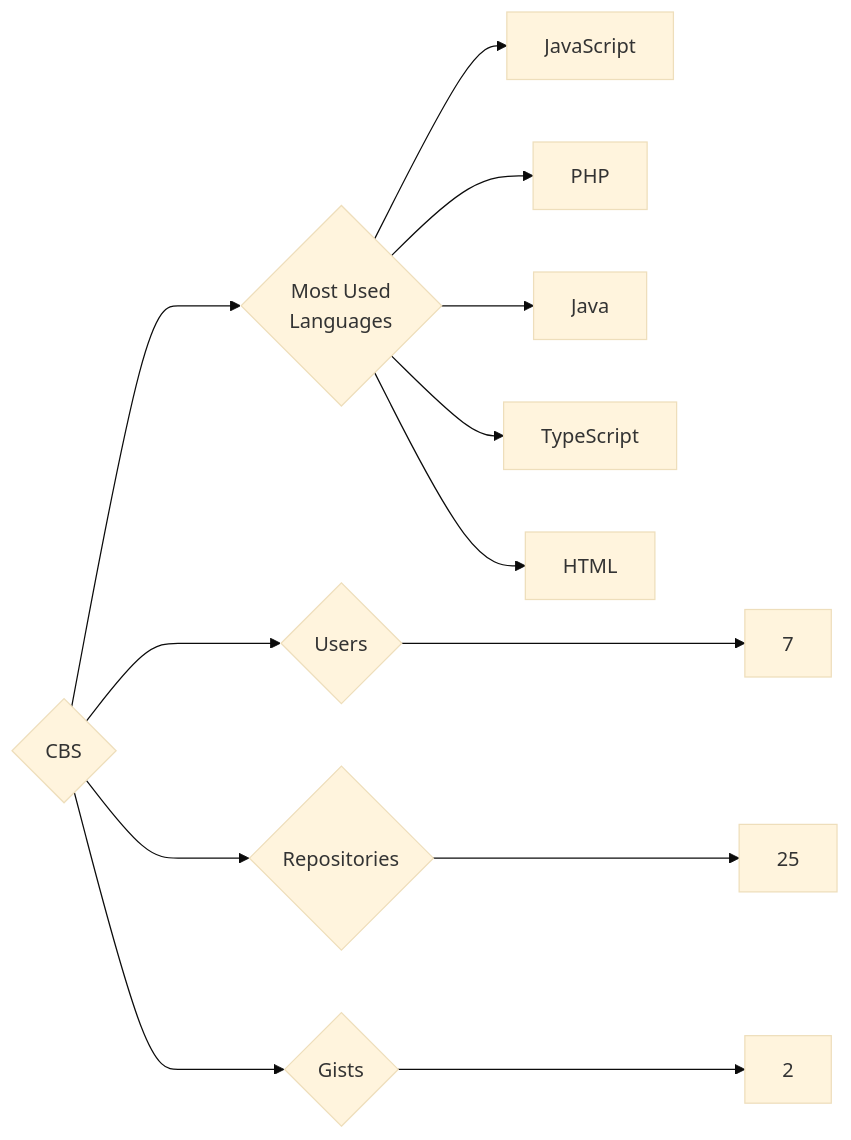
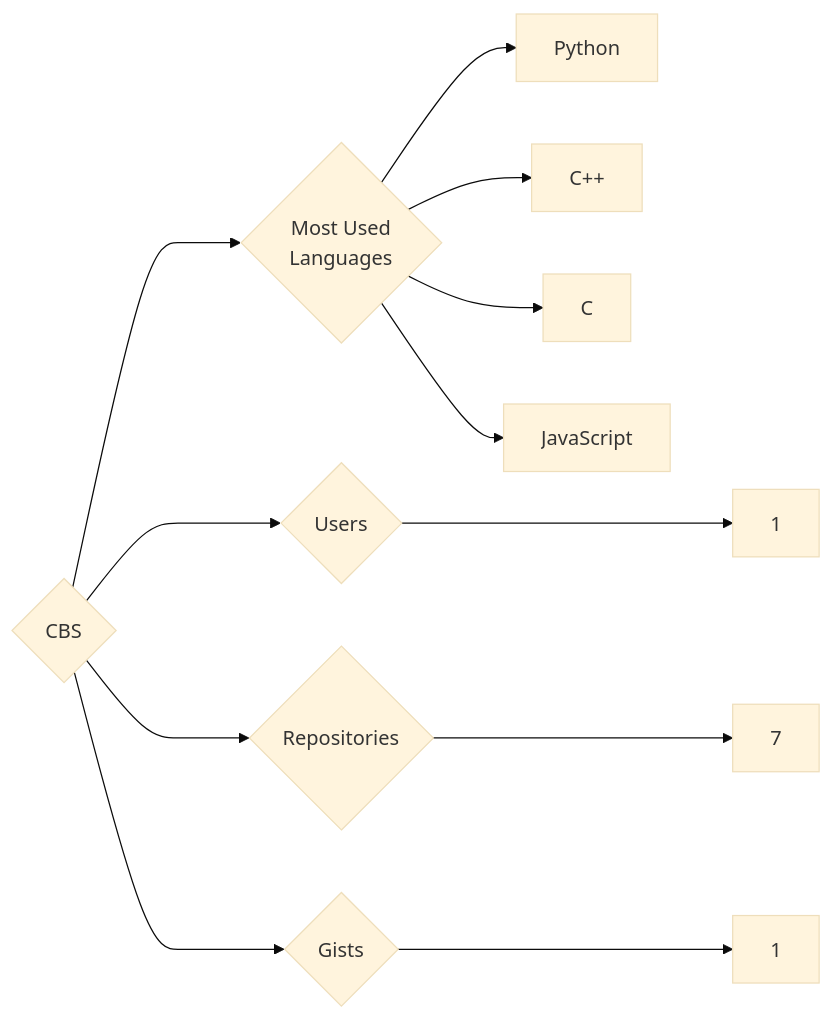
Before and after one commit to trickest/insiders: the diagram in targets/CBS/README.md, drawn with Mermaid (base theme). The commit also changed 857 other files, not shown here.

````diff
--- a/targets/CBS/README.md
+++ b/targets/CBS/README.md
@@ -3,13 +3,12 @@
 ```mermaid
 graph LR
 COMPANY_NAME{CBS}
-COMPANY_NAME ---> U{Users} ---> UN[7]
-COMPANY_NAME ---> R{Repositories} ---> RN[25]
-COMPANY_NAME ---> G{Gists} ---> GN[2]
+COMPANY_NAME ---> U{Users} ---> UN[1]
+COMPANY_NAME ---> R{Repositories} ---> RN[7]
+COMPANY_NAME ---> G{Gists} ---> GN[1]
 COMPANY_NAME ---> ML{Most Used<br>Languages}
+ML --> Python[Python]
+ML --> C++[C++]
+ML --> C[C]
 ML --> JavaScript[JavaScript]
-ML --> PHP[PHP]
-ML --> Java[Java]
-ML --> TypeScript[TypeScript]
-ML --> HTML[HTML]
 ```
````
